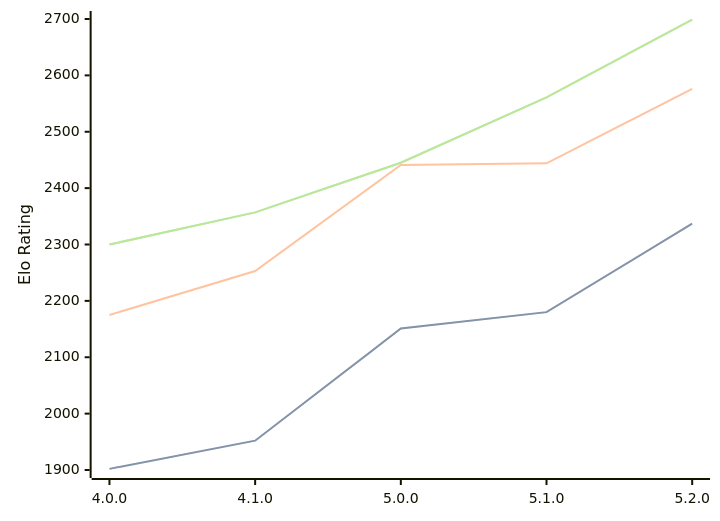
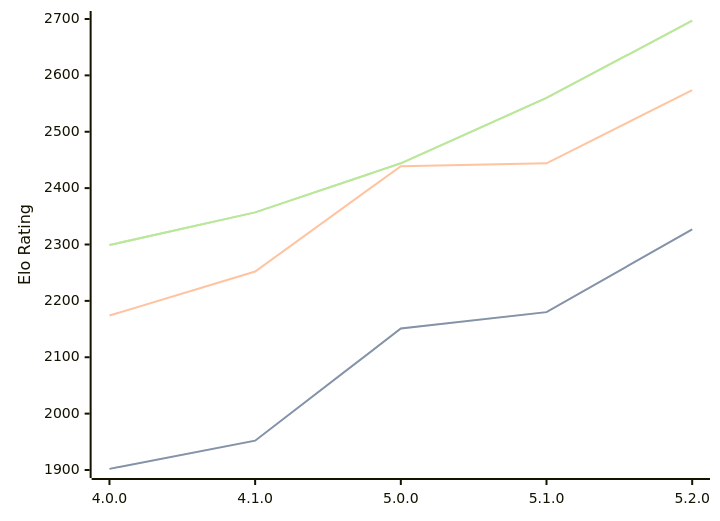
The third of 3 diagrams in engines/Aconcagua.md (computer-chess-index/cci), drawn with Mermaid before and after one commit. The commit also changed other lines of this file, not shown here.

Commit message:
Update CCI Ratings (ELO VLTC) - 2026-07-15

````diff
--- a/engines/Aconcagua.md
+++ b/engines/Aconcagua.md
@@ -77,11 +77,11 @@
 ```mermaid
 %%{init: {"theme":"base","themeVariables":{"seriesColors:['#a3a3a3','#222221','#faa371']}}}%%
 xychart-beta
   x-axis ["4.0.0", "4.1.0", "5.0.0", "5.1.0", "5.2.0"]
   y-axis "Elo Rating" 1900 --> 2700
-  line "STC (8.0+0.08s)" [1902, 1952, 2151, 2180, 2337]
-  line "STC (8.0+0.08s)" [1902, 1952, 2151, 2180, 2337]
-  line "LTC (60.0+0.60s)" [2175, 2253, 2441, 2444, 2576]
-  line "VLTC (2m24s+1.12s)" [2300, 2357, 2445, 2561, 2699]
-  line "VLTC (2m24s+1.12s)" [2300, 2357, 2445, 2561, 2699]
+  line "STC (8.0+0.08s)" [1902, 1952, 2151, 2180, 2327]
+  line "STC (8.0+0.08s)" [1902, 1952, 2151, 2180, 2327]
+  line "LTC (60.0+0.60s)" [2174, 2252, 2439, 2444, 2574]
+  line "VLTC (2m24s+1.12s)" [2299, 2357, 2444, 2560, 2697]
+  line "VLTC (2m24s+1.12s)" [2299, 2357, 2444, 2560, 2697]
 ```
````
